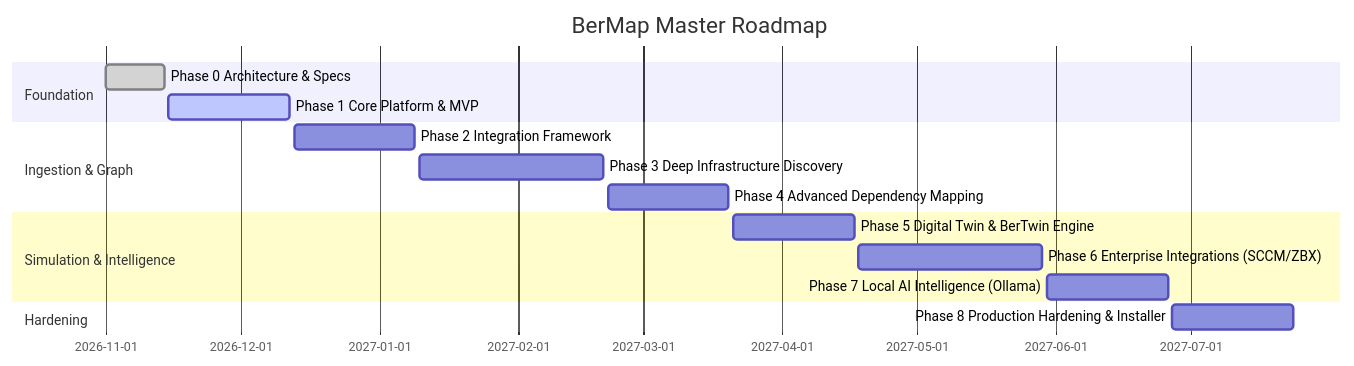
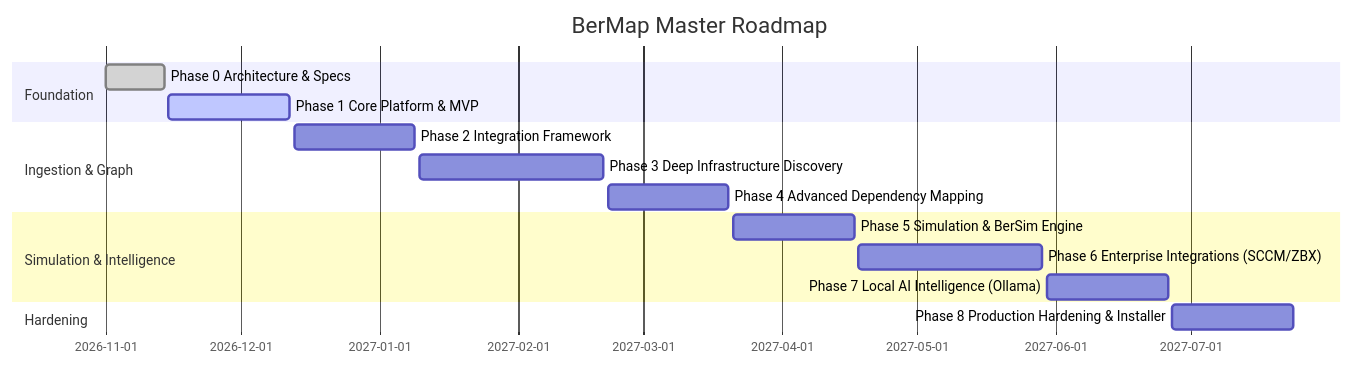
Before and after one commit to BerkayAtag/BerMap: the diagram in docs/architecture/12-development-plan.md, drawn with Mermaid. The commit also changed other lines of this file and 19 other files, not shown here.

First line of the commit message:
Use 'simulation' instead of 'digital twin' wording

````diff
--- a/docs/architecture/12-development-plan.md
+++ b/docs/architecture/12-development-plan.md
@@ -12,18 +12,18 @@
 ```mermaid
 gantt
     title BerMap Master Roadmap
     dateFormat  YYYY-MM-DD
     section Foundation
     Phase 0 Architecture & Specs        :done,    p0, 2026-11-01, 2026-11-14
     Phase 1 Core Platform & MVP         :active,  p1, 2026-11-15, 2026-12-12
     section Ingestion & Graph
     Phase 2 Integration Framework       :         p2, 2026-12-13, 2027-01-09
     Phase 3 Deep Infrastructure Discovery:        p3, 2027-01-10, 2027-02-20
     Phase 4 Advanced Dependency Mapping :         p4, 2027-02-21, 2027-03-20
     section Simulation & Intelligence
-    Phase 5 Digital Twin & BerTwin Engine:        p5, 2027-03-21, 2027-04-17
+    Phase 5 Simulation & BerSim Engine:        p5, 2027-03-21, 2027-04-17
     Phase 6 Enterprise Integrations (SCCM/ZBX):  p6, 2027-04-18, 2027-05-29
     Phase 7 Local AI Intelligence (Ollama):       p7, 2027-05-30, 2027-06-26
     section Hardening
     Phase 8 Production Hardening & Installer:    p8, 2027-06-27, 2027-07-24
 ```
````
